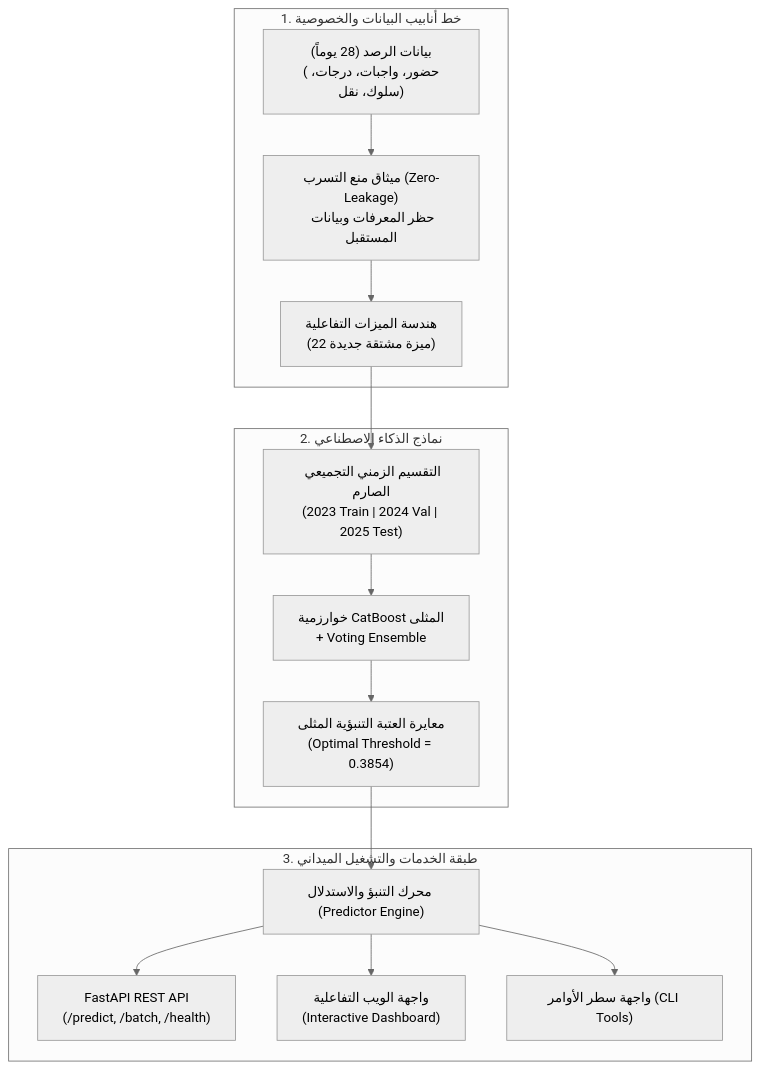
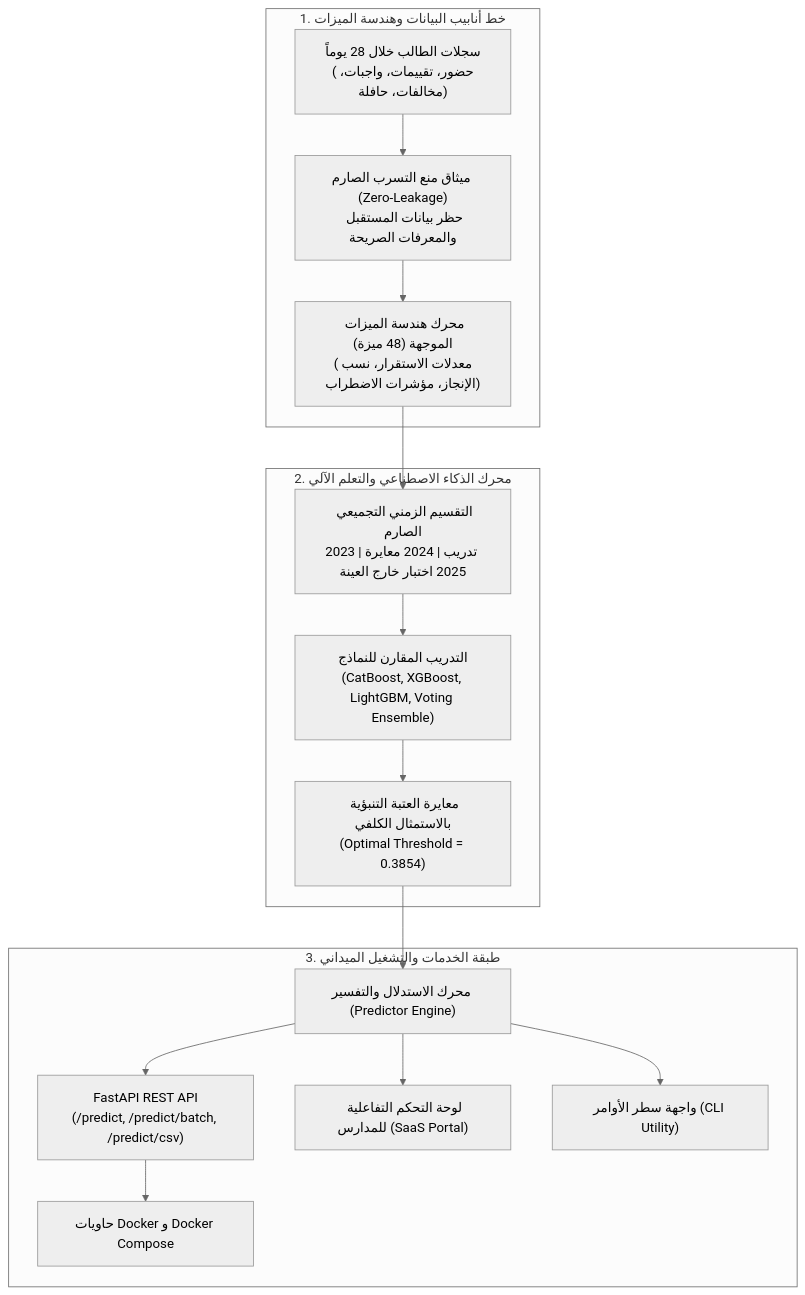
Before and after one commit to AymnAlth/ishraf-student-risk-prediction: the diagram in README.md, drawn with Mermaid (neutral theme). The commit also changed other lines of this file, not shown here.

Commit message:
docs: enrich README with comprehensive ML roadmap, visual artifacts, and training accreditation

````diff
--- a/README.md
+++ b/README.md
@@ -28,20 +50,29 @@
 ```mermaid
 flowchart TD
-    subgraph DataPipeline["1. خط أنابيب البيانات والخصوصية"]
-        A["بيانات الرصد (28 يوماً)<br/>(حضور، واجبات، درجات، سلوك، نقل)"] --> B["ميثاق منع التسرب (Zero-Leakage)<br/>حظر المعرفات وبيانات المستقبل"]
-        B --> C["هندسة الميزات التفاعلية<br/>(22 ميزة مشتقة جديدة)"]
+    subgraph DataEngine["1. خط أنابيب البيانات وهندسة الميزات"]
+        Raw["سجلات الطالب خلال 28 يوماً<br/>(حضور، تقييمات، واجبات، مخالفات، حافلة)"]
+        Contract["ميثاق منع التسرب الصارم (Zero-Leakage)<br/>حظر بيانات المستقبل والمعرفات الصريحة"]
+        FeatEng["محرك هندسة الميزات الموجهة (48 ميزة)<br/>(معدلات الاستقرار، نسب الإنجاز، مؤشرات الاضطراب)"]
+        Raw --> Contract --> FeatEng
     end
 
-    subgraph Modeling["2. نماذج الذكاء الاصطناعي"]
-        C --> D["التقسيم الزمني التجميعي الصارم<br/>(2023 Train | 2024 Val | 2025 Test)"]
-        D --> E["خوارزمية CatBoost المثلى<br/>+ Voting Ensemble"]
-        E --> F["معايرة العتبة التنبؤية المثلى<br/>(Optimal Threshold = 0.3854)"]
+    subgraph MLCore["2. محرك الذكاء الاصطناعي والتعلم الآلي"]
+        Split["التقسيم الزمني التجميعي الصارم<br/>2023 تدريب | 2024 معايرة | 2025 اختبار خارج العينة"]
+        Models["التدريب المقارن للنماذج<br/>(CatBoost, XGBoost, LightGBM, Voting Ensemble)"]
+        Calib["معايرة العتبة التنبؤية بالاستمثال الكلفي<br/>(Optimal Threshold = 0.3854)"]
+        FeatEng --> Split --> Models --> Calib
     end
 
-    subgraph Serving["3. طبقة الخدمات والتشغيل الميداني"]
-        F --> G["محرك التنبؤ والاستدلال (Predictor Engine)"]
-        G --> H["FastAPI REST API<br/>(/predict, /batch, /health)"]
-        G --> I["واجهة الويب التفاعلية<br/>(Interactive Dashboard)"]
-        G --> J["واجهة سطر الأوامر (CLI Tools)"]
+    subgraph InferenceServing["3. طبقة الخدمات والتشغيل الميداني"]
+        Engine["محرك الاستدلال والتفسير (Predictor Engine)"]
+        API["FastAPI REST API<br/>(/predict, /predict/batch, /predict/csv)"]
+        WebUI["لوحة التحكم التفاعلية للمدارس (SaaS Portal)"]
+        CLI["واجهة سطر الأوامر (CLI Utility)"]
+        Docker["حاويات Docker و Docker Compose"]
+        Calib --> Engine
+        Engine --> API
+        Engine --> WebUI
+        Engine --> CLI
+        API --> Docker
     end
 ```
````
